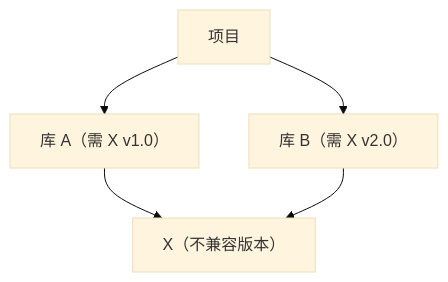
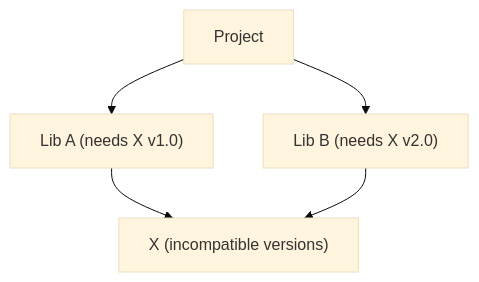
One commit to Kirky-X/diting changed the third of 4 diagrams in references/architecture/dependency-analysis.md. Above: the diagram before and after it, drawn with Mermaid (base theme). The commit also changed other lines of this file and 78 other files, not shown here.

````diff
--- a/references/architecture/dependency-analysis.md
+++ b/references/architecture/dependency-analysis.md
@@ -96,8 +96,8 @@
 ```mermaid
 flowchart TD
-    Project["项目"]
-    Project --> LibA["库 A（需 X v1.0）"]
-    Project --> LibB["库 B（需 X v2.0）"]
-    LibA --> X["X（不兼容版本）"]
+    Project["Project"]
+    Project --> LibA["Lib A (needs X v1.0)"]
+    Project --> LibB["Lib B (needs X v2.0)"]
+    LibA --> X["X (incompatible versions)"]
     LibB --> X
 ```
````
